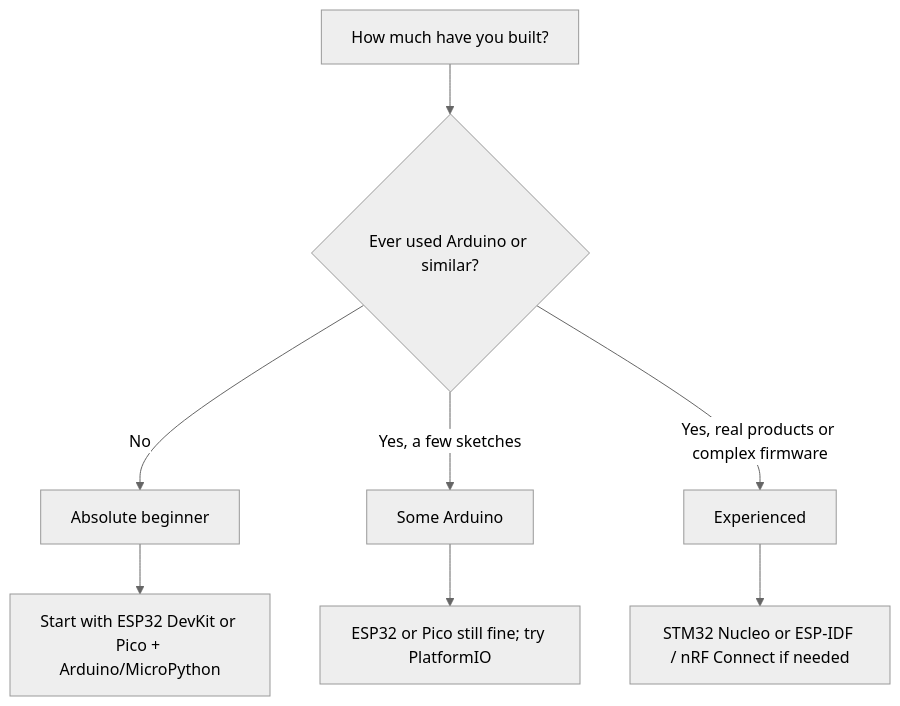
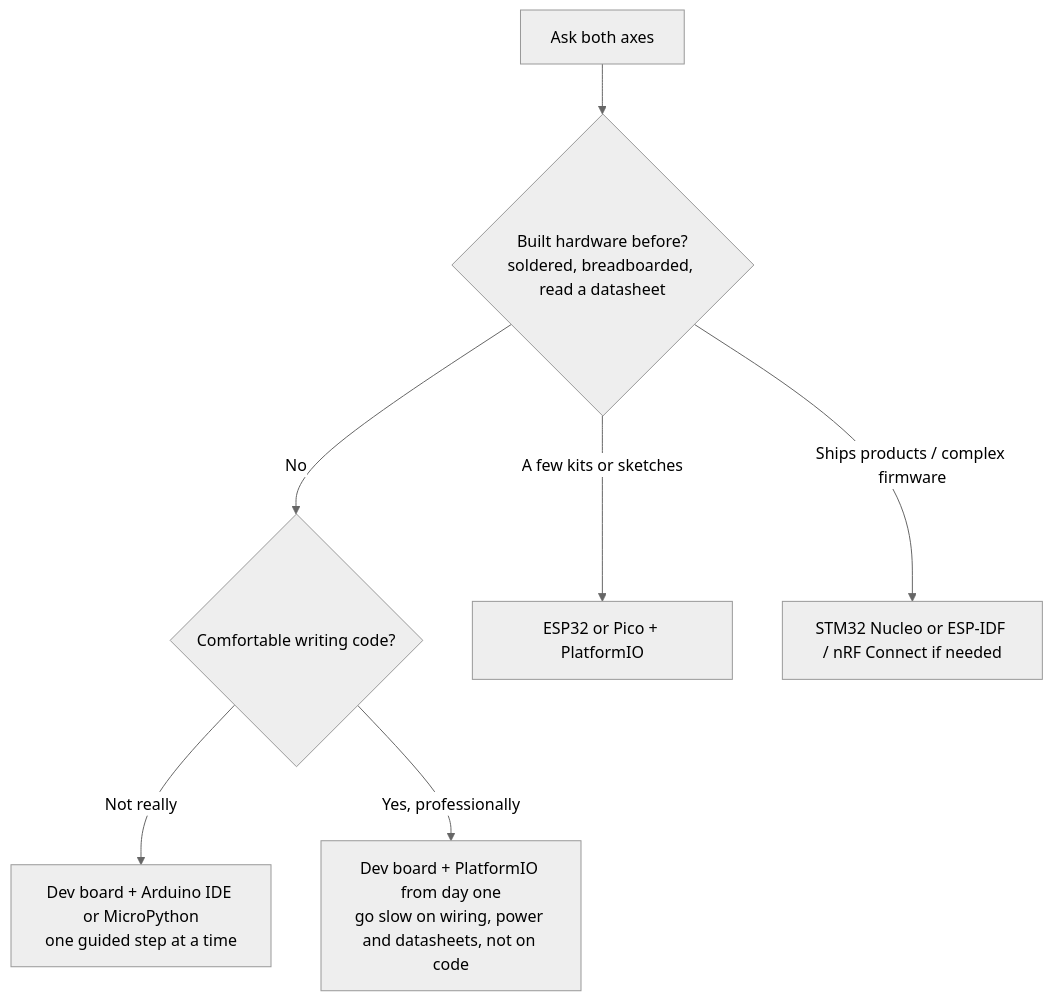
Before and after one commit to mh-mansouri/embedded-iot-mentor: the diagram in embedded-iot-mentor/SKILL.md, drawn with Mermaid (neutral theme). The commit also changed other lines of this file and 2 other files, not shown here.

First line of the commit message:
Split experience axes, allow non-standard answer shapes, add OTA notes

````diff
--- a/embedded-iot-mentor/SKILL.md
+++ b/embedded-iot-mentor/SKILL.md
@@ -46,10 +56,9 @@
 ```mermaid
 flowchart TD
-    Start[How much have you built?] --> A{Ever used Arduino or similar?}
-    A -->|No| B[Absolute beginner]
-    A -->|Yes, a few sketches| C[Some Arduino]
-    A -->|Yes, real products or complex firmware| D[Experienced]
-    B --> B1[Start with ESP32 DevKit or Pico + Arduino/MicroPython]
-    C --> C1[ESP32 or Pico still fine; try PlatformIO]
-    D --> D1[STM32 Nucleo or ESP-IDF / nRF Connect if needed]
+    Start[Ask both axes] --> HW{Built hardware before?<br/>soldered, breadboarded, read a datasheet}
+    HW -->|No| H0{Comfortable writing code?}
+    HW -->|A few kits or sketches| H1[ESP32 or Pico + PlatformIO]
+    HW -->|Ships products / complex firmware| H2[STM32 Nucleo or ESP-IDF / nRF Connect if needed]
+    H0 -->|Not really| P1[Dev board + Arduino IDE or MicroPython<br/>one guided step at a time]
+    H0 -->|Yes, professionally| P2[Dev board + PlatformIO from day one<br/>go slow on wiring, power and datasheets, not on code]
 ```
````
